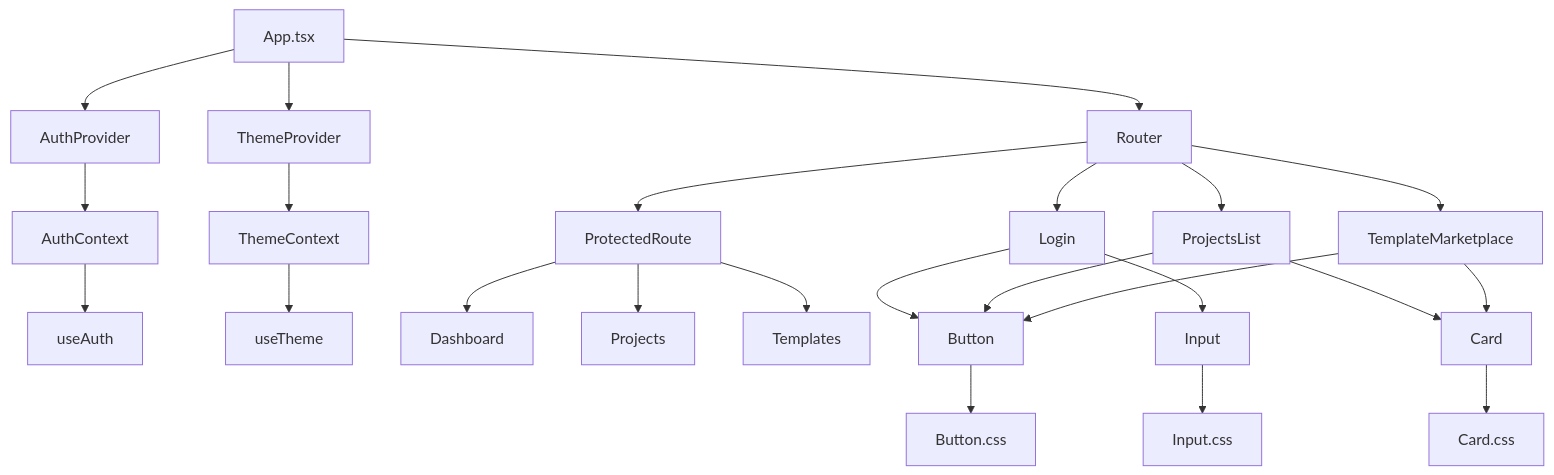
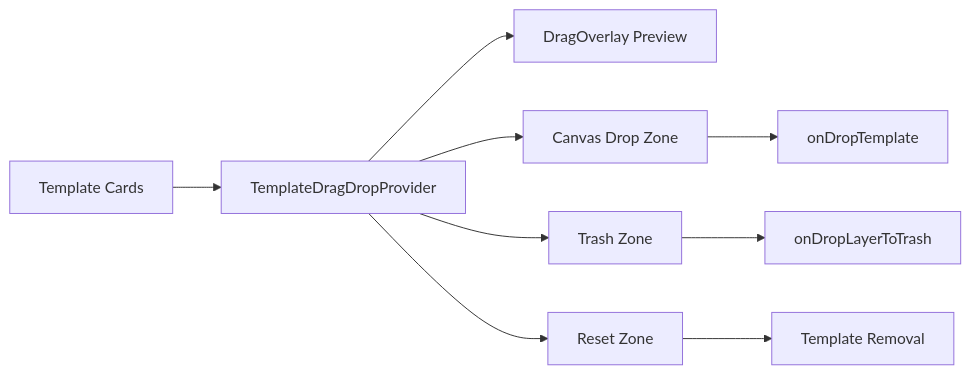
Before and after one commit to Brimstow/ThumPiks: the ninth of 10 diagrams in .qoder/repowiki/en/content/Frontend Architecture/Frontend Architecture.md, drawn with Mermaid. The commit also changed other lines of this file and 900 other files, not shown here.

````diff
--- a/.qoder/repowiki/en/content/Frontend Architecture/Frontend Architecture.md
+++ b/.qoder/repowiki/en/content/Frontend Architecture/Frontend Architecture.md
@@ -295,26 +528,11 @@
 ```mermaid
-graph TD
-A[App.tsx] --> B[AuthProvider]
-A --> C[ThemeProvider]
-A --> D[Router]
-B --> E[AuthContext]
-C --> F[ThemeContext]
-D --> G[ProtectedRoute]
-D --> H[Login]
-D --> I[ProjectsList]
-D --> J[TemplateMarketplace]
-E --> K[useAuth]
-F --> L[useTheme]
-G --> M[Dashboard]
-G --> N[Projects]
-G --> O[Templates]
-H --> P[Button]
-H --> Q[Input]
-I --> R[Card]
-I --> P
-J --> R
-J --> P
-P --> S[Button.css]
-Q --> T[Input.css]
-R --> U[Card.css]
+flowchart LR
+A[Template Cards] --> B[TemplateDragDropProvider]
+B --> C[DragOverlay Preview]
+B --> D[Canvas Drop Zone]
+B --> E[Trash Zone]
+B --> F[Reset Zone]
+D --> G[onDropTemplate]
+E --> H[onDropLayerToTrash]
+F --> I[Template Removal]
 ```
````
